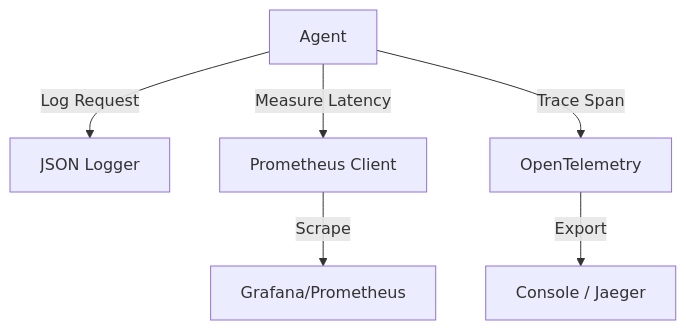
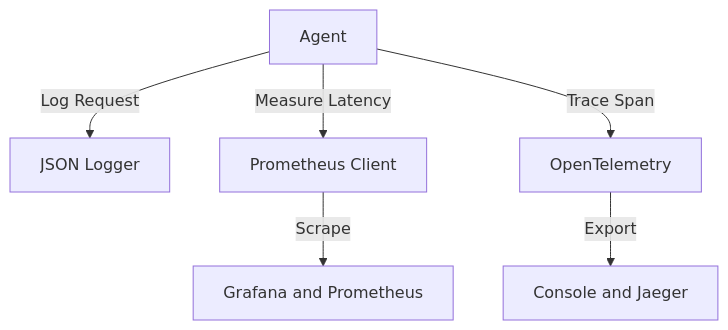
Diagram 19 of 20 in genai_enterprise_usecases/ARCHITECTURE_GUIDE.md (sricheru/agentic-ai-portfolio), drawn with Mermaid before and after one commit. The commit also changed other lines of this file, not shown here.

Commit message:
fix(mermaid): completely sanitize all node shapes and labels for GitHub compatibility

````diff
--- a/genai_enterprise_usecases/ARCHITECTURE_GUIDE.md
+++ b/genai_enterprise_usecases/ARCHITECTURE_GUIDE.md
@@ -424,8 +422,8 @@
 ```mermaid
 graph TD
     Agent -->|Log Request| Logger[JSON Logger]
     Agent -->|Measure Latency| Metrics[Prometheus Client]
     Agent -->|Trace Span| Tracer[OpenTelemetry]
-    Metrics -->|Scrape| dashboard["Grafana/Prometheus"]
-    Tracer -->|Export| Jaeger["Console / Jaeger"]
+    Metrics -->|Scrape| dashboard["Grafana and Prometheus"]
+    Tracer -->|Export| Jaeger["Console and Jaeger"]
 ```
````
